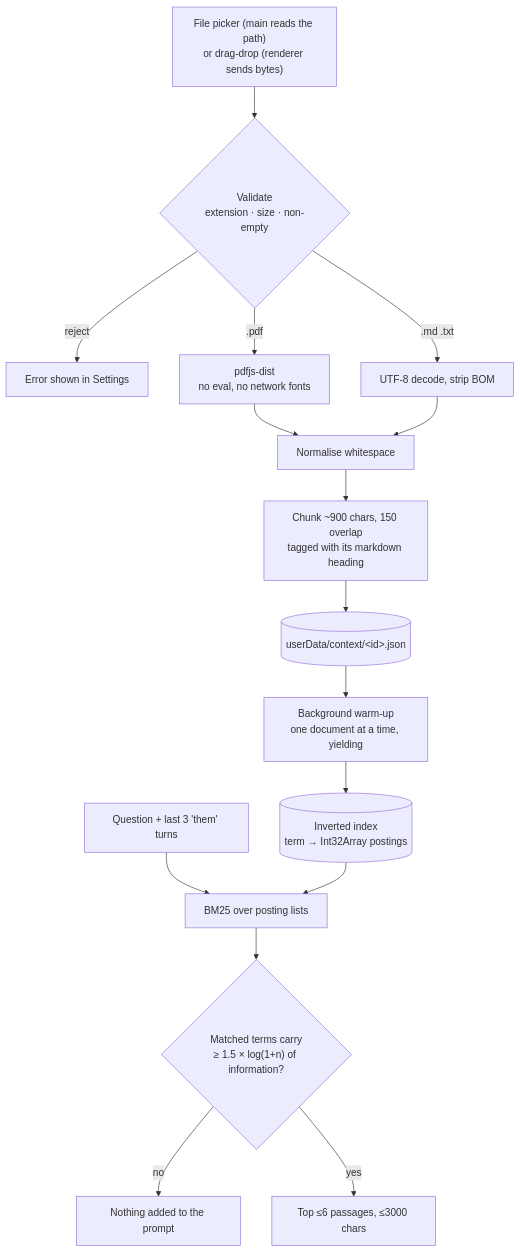
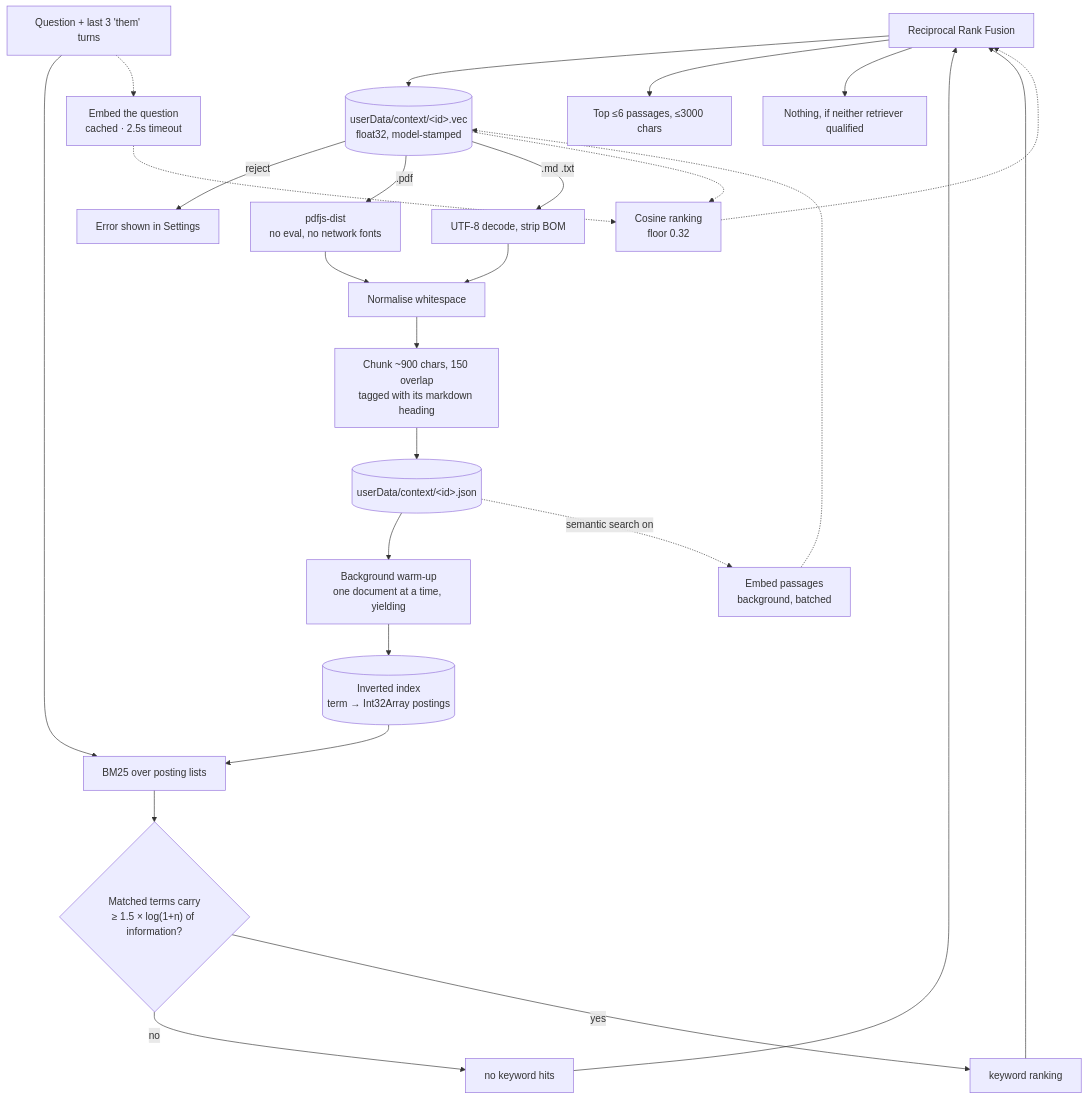
Before and after one commit to itz-sayak/Veil: the third of 4 diagrams in ARCHITECTURE.md, drawn with Mermaid. The commit also changed other lines of this file and 14 other files, not shown here.

````diff
--- a/ARCHITECTURE.md
+++ b/ARCHITECTURE.md
@@ -106,19 +106,31 @@
 ```mermaid
 flowchart TB
     F["File picker (main reads the path)<br/>or drag-drop (renderer sends bytes)"] --> V{"Validate<br/>extension · size · non-empty"}
     V -->|reject| ERR["Error shown in Settings"]
     V -->|.pdf| P["pdfjs-dist<br/>no eval, no network fonts"]
     V -->|.md .txt| U["UTF-8 decode, strip BOM"]
     P --> N["Normalise whitespace"]
     U --> N
     N --> C["Chunk ~900 chars, 150 overlap<br/>tagged with its markdown heading"]
     C --> D[("userData/context/&lt;id&gt;.json")]
     D --> BG["Background warm-up<br/>one document at a time, yielding"]
     BG --> I[("Inverted index<br/>term → Int32Array postings")]
+    D -.->|"semantic search on"| EMB["Embed passages<br/>background, batched"]
+    EMB -.-> V[("userData/context/&lt;id&gt;.vec<br/>float32, model-stamped")]
 
     Q["Question + last 3 'them' turns"] --> SR["BM25 over posting lists"]
     I --> SR
     SR --> G{"Matched terms carry<br/>≥ 1.5 × log(1+n) of information?"}
-    G -->|no| NONE["Nothing added to the prompt"]
-    G -->|yes| TOP["Top ≤6 passages, ≤3000 chars"]
+    G -->|no| KNONE["no keyword hits"]
+    G -->|yes| KHITS["keyword ranking"]
+
+    Q -.-> QV["Embed the question<br/>cached · 2.5s timeout"]
+    V -.-> VS["Cosine ranking<br/>floor 0.32"]
+    QV -.-> VS
+
+    KHITS --> F["Reciprocal Rank Fusion"]
+    KNONE --> F
+    VS -.-> F
+    F --> TOP["Top ≤6 passages, ≤3000 chars"]
+    F --> NONE["Nothing, if neither retriever qualified"]
 ```
````
